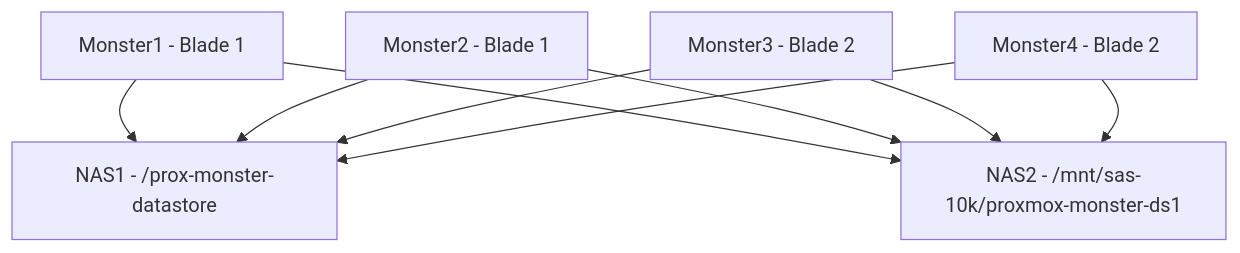
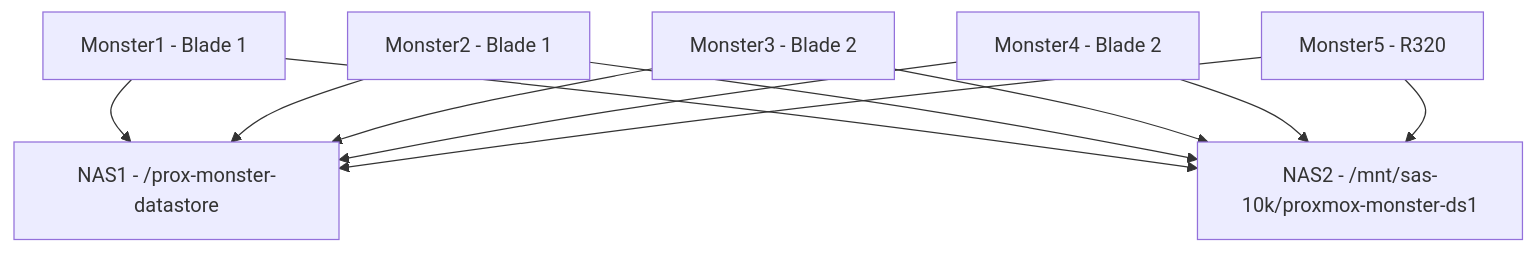
One commit to leigh-hackspace/HackspaceWiki changed the second of 2 diagrams in docs/infrastructure/devices/proxmox/index.md. Above: the diagram before and after it, drawn with Mermaid. The commit also changed other lines of this file, not shown here.

Commit message:
Add Monster5 on the docs

````diff
--- a/docs/infrastructure/devices/proxmox/index.md
+++ b/docs/infrastructure/devices/proxmox/index.md
@@ -41,18 +43,21 @@
 ```mermaid
 graph 
     MON1[Monster1 - Blade 1]
     MON2[Monster2 - Blade 1]
     MON3[Monster3 - Blade 2]
     MON4[Monster4 - Blade 2]
+    MON5[Monster5 - R320]
     NAS[NAS1 - /prox-monster-datastore]
     NAS2[NAS2 - /mnt/sas-10k/proxmox-monster-ds1]
 
     MON1 --> NAS
     MON2 --> NAS
     MON3 --> NAS
     MON4 --> NAS
+    MON5 --> NAS
     MON1 --> NAS2
     MON2 --> NAS2
     MON3 --> NAS2
     MON4 --> NAS2
+    MON5 --> NAS2
 ```
````
